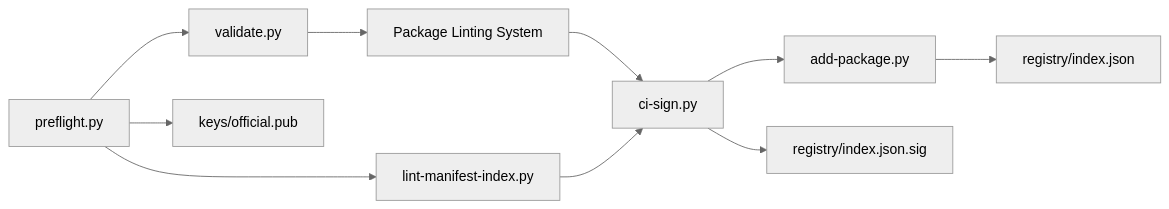
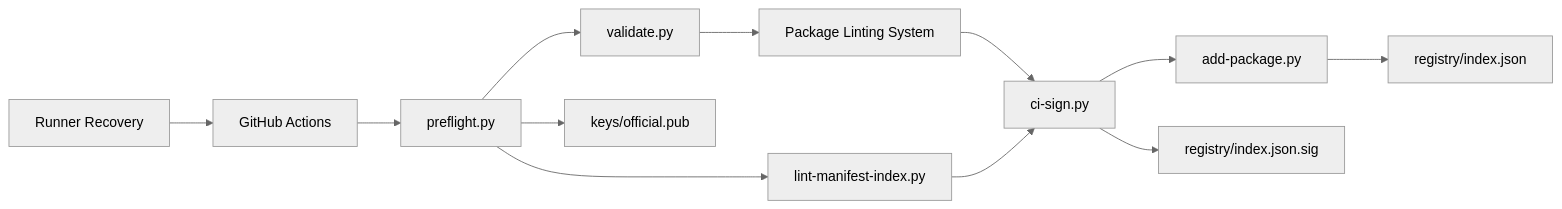
One commit to tonythethompson/numan-registry changed the third of 3 diagrams in .qoder/repowiki/en/content/CI_CD Integration.md. Above: the diagram before and after it, drawn with Mermaid (neutral theme). The commit also changed other lines of this file and 14 other files, not shown here.

````diff
--- a/.qoder/repowiki/en/content/CI_CD Integration.md
+++ b/.qoder/repowiki/en/content/CI_CD Integration.md
@@ -302,12 +341,14 @@
 ```mermaid
 graph LR
 Preflight["preflight.py"] --> Validate["validate.py"]
 Preflight --> Lint["lint-manifest-index.py"]
 Validate --> LintSys["Package Linting System"]
 LintSys --> Sign["ci-sign.py"]
 Lint --> Sign
 Sign --> AddPackage["add-package.py"]
 AddPackage --> Index["registry/index.json"]
 Sign --> Sig["registry/index.json.sig"]
 Preflight --> PubKey["keys/official.pub"]
+Recovery["Runner Recovery"] --> GH["GitHub Actions"]
+GH --> Preflight
 ```
````
